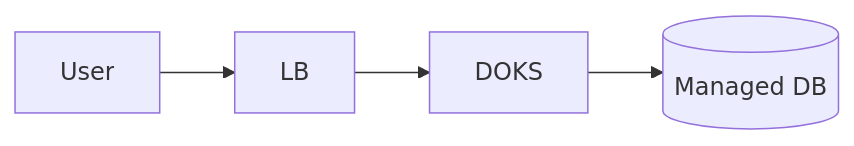
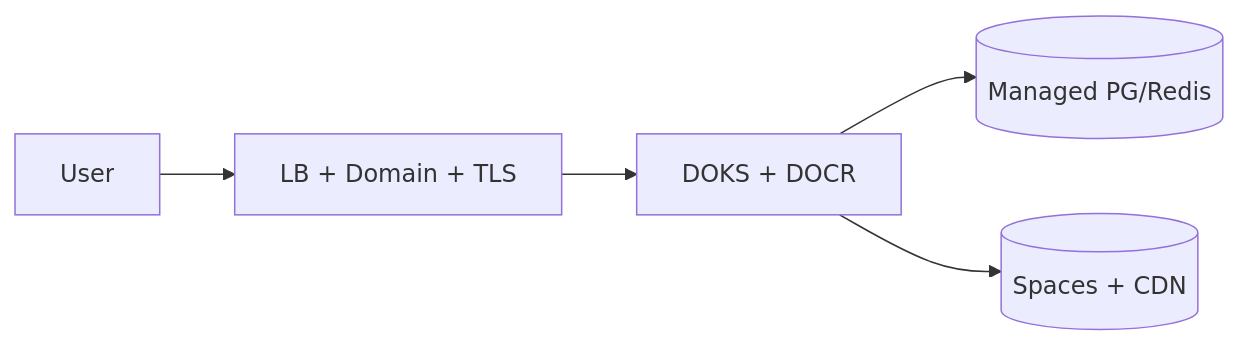
Before and after one commit to navin-kumar10/digitalocean-production-app-platform: the diagram in README.md, drawn with Mermaid. The commit also changed other lines of this file, not shown here.

````diff
--- a/README.md
+++ b/README.md
@@ -11,4 +21,7 @@
 ```mermaid
 flowchart LR
-  User --> LB --> DOKS[DOKS] --> DB[(Managed DB)]
+  User --> LB[LB + Domain + TLS]
+  LB --> DOKS[DOKS + DOCR]
+  DOKS --> DB[(Managed PG/Redis)]
+  DOKS --> Spaces[(Spaces + CDN)]
 ```
````
